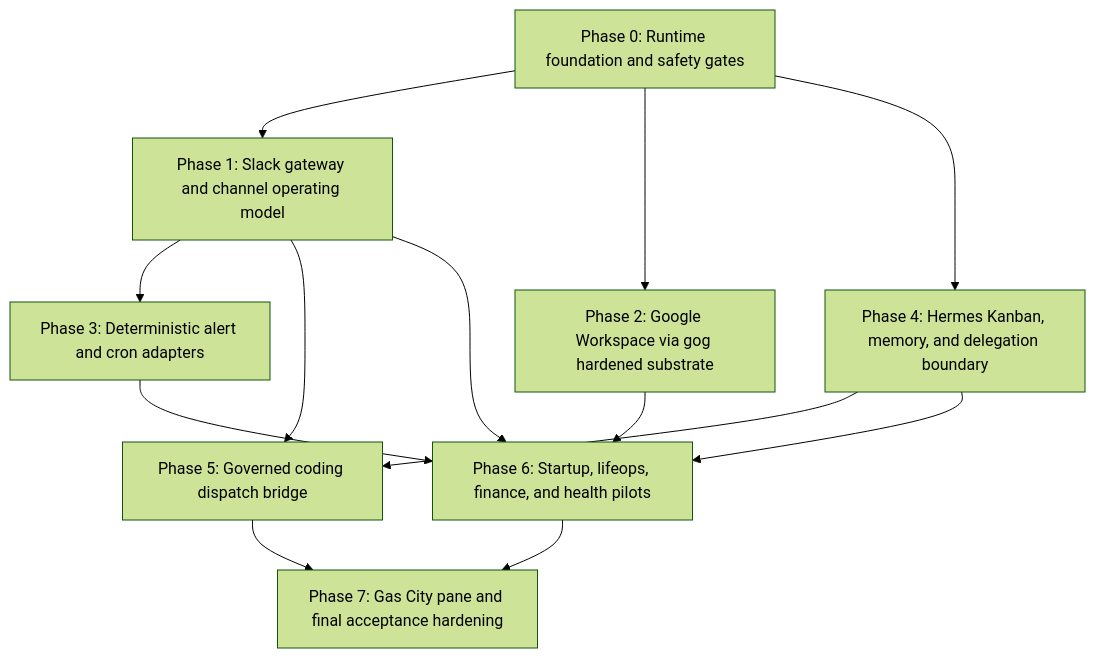
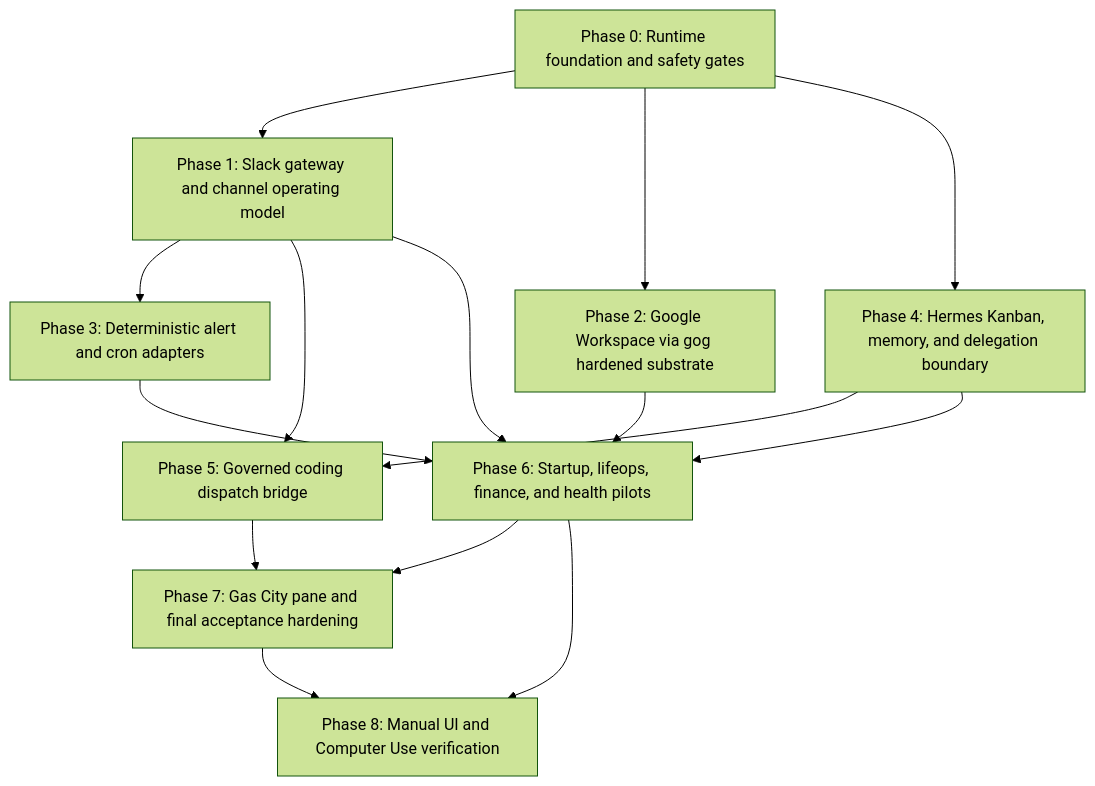
One commit to stars-end/agent-skills changed the diagram in docs/specs/2026-05-05-olivaw-hermes-implementation-epic.md. Above: the diagram before and after it, drawn with Mermaid (forest theme). The commit also changed other lines of this file, not shown here.

First line of the commit message:
docs: add Olivaw manual verification gate

````diff
--- a/docs/specs/2026-05-05-olivaw-hermes-implementation-epic.md
+++ b/docs/specs/2026-05-05-olivaw-hermes-implementation-epic.md
@@ -57,24 +57,27 @@
 ```mermaid
 flowchart TD
   A["Phase 0: Runtime foundation and safety gates"]
   B["Phase 1: Slack gateway and channel operating model"]
   C["Phase 2: Google Workspace via gog hardened substrate"]
   D["Phase 3: Deterministic alert and cron adapters"]
   E["Phase 4: Hermes Kanban, memory, and delegation boundary"]
   F["Phase 5: Governed coding dispatch bridge"]
   G["Phase 6: Startup, lifeops, finance, and health pilots"]
   H["Phase 7: Gas City pane and final acceptance hardening"]
+  I["Phase 8: Manual UI and Computer Use verification"]
 
   A --> B
   A --> C
   A --> E
   B --> D
   B --> F
   E --> F
   B --> G
   C --> G
   D --> G
   E --> G
   F --> H
   G --> H
+  G --> I
+  H --> I
 ```
````
